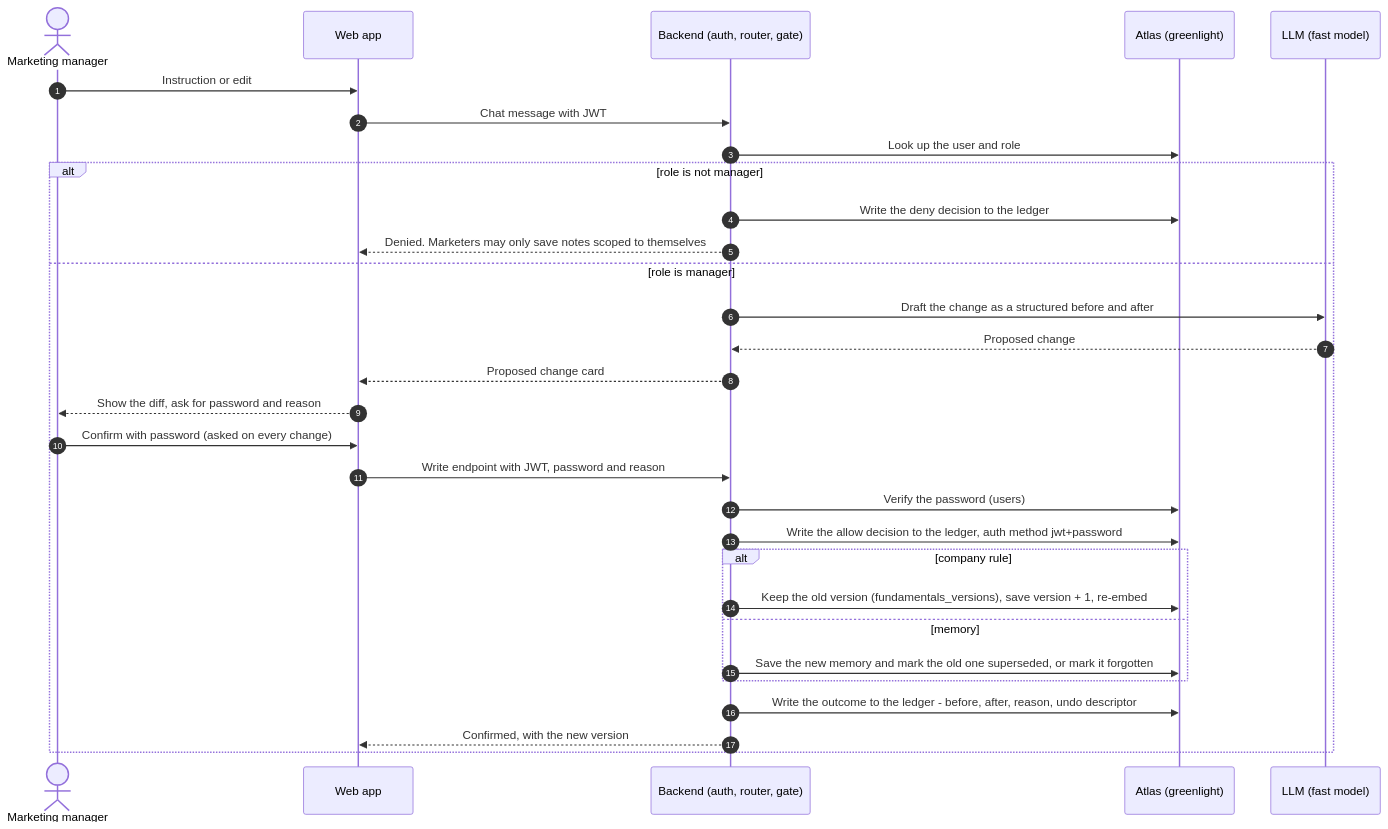
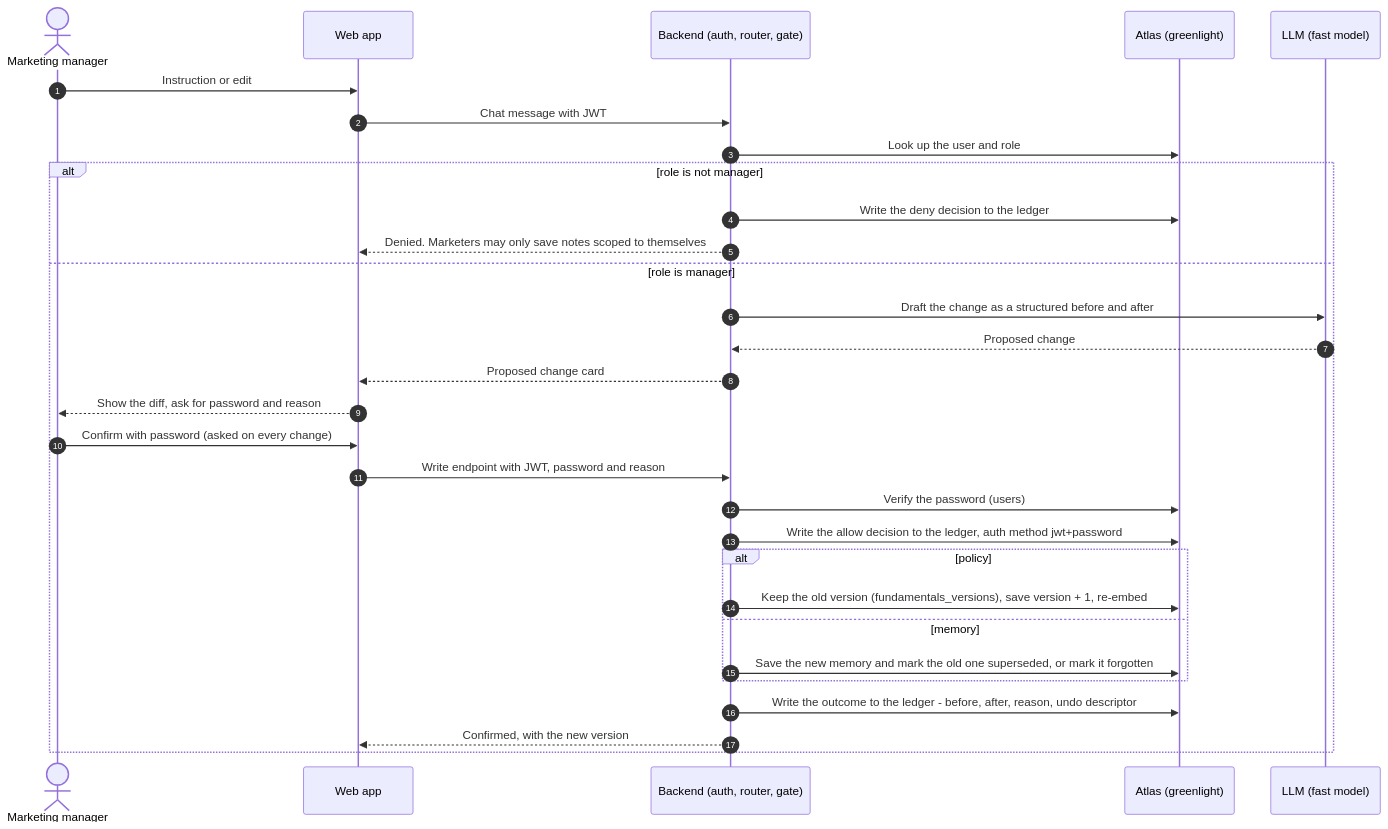
The fifth of 6 diagrams in docs/FLOWS.md (tusharraju7/mongodb-hackathon), drawn with Mermaid before and after one commit. The commit also changed other lines of this file and 17 other files, not shown here.

````diff
--- a/docs/FLOWS.md
+++ b/docs/FLOWS.md
@@ -98,32 +223,32 @@
 ```mermaid
 sequenceDiagram
   autonumber
   actor M as Marketing manager
   participant WEB as Web app
   participant API as Backend (auth, router, gate)
   participant DB as Atlas (greenlight)
   participant L as LLM (fast model)
   M->>WEB: Instruction or edit
   WEB->>API: Chat message with JWT
   API->>DB: Look up the user and role
   alt role is not manager
     API->>DB: Write the deny decision to the ledger
     API-->>WEB: Denied. Marketers may only save notes scoped to themselves
   else role is manager
     API->>L: Draft the change as a structured before and after
     L-->>API: Proposed change
     API-->>WEB: Proposed change card
     WEB-->>M: Show the diff, ask for password and reason
     M->>WEB: Confirm with password (asked on every change)
     WEB->>API: Write endpoint with JWT, password and reason
     API->>DB: Verify the password (users)
     API->>DB: Write the allow decision to the ledger, auth method jwt+password
-    alt company rule
+    alt policy
       API->>DB: Keep the old version (fundamentals_versions), save version + 1, re-embed
     else memory
       API->>DB: Save the new memory and mark the old one superseded, or mark it forgotten
     end
     API->>DB: Write the outcome to the ledger - before, after, reason, undo descriptor
     API-->>WEB: Confirmed, with the new version
   end
 ```
````
